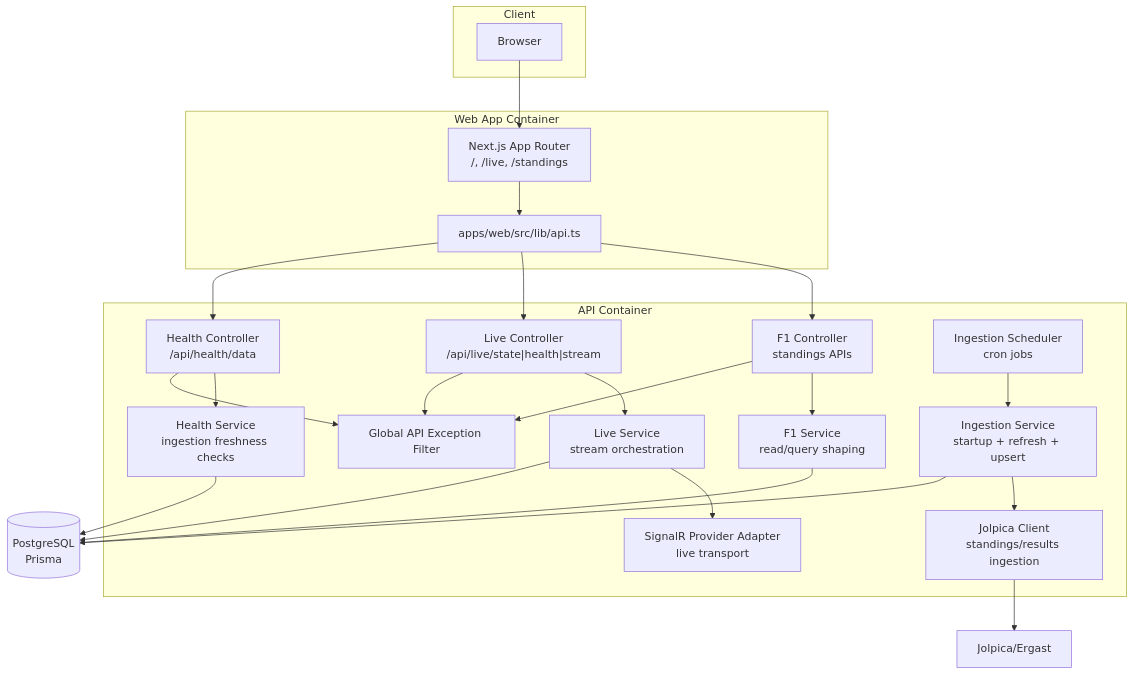
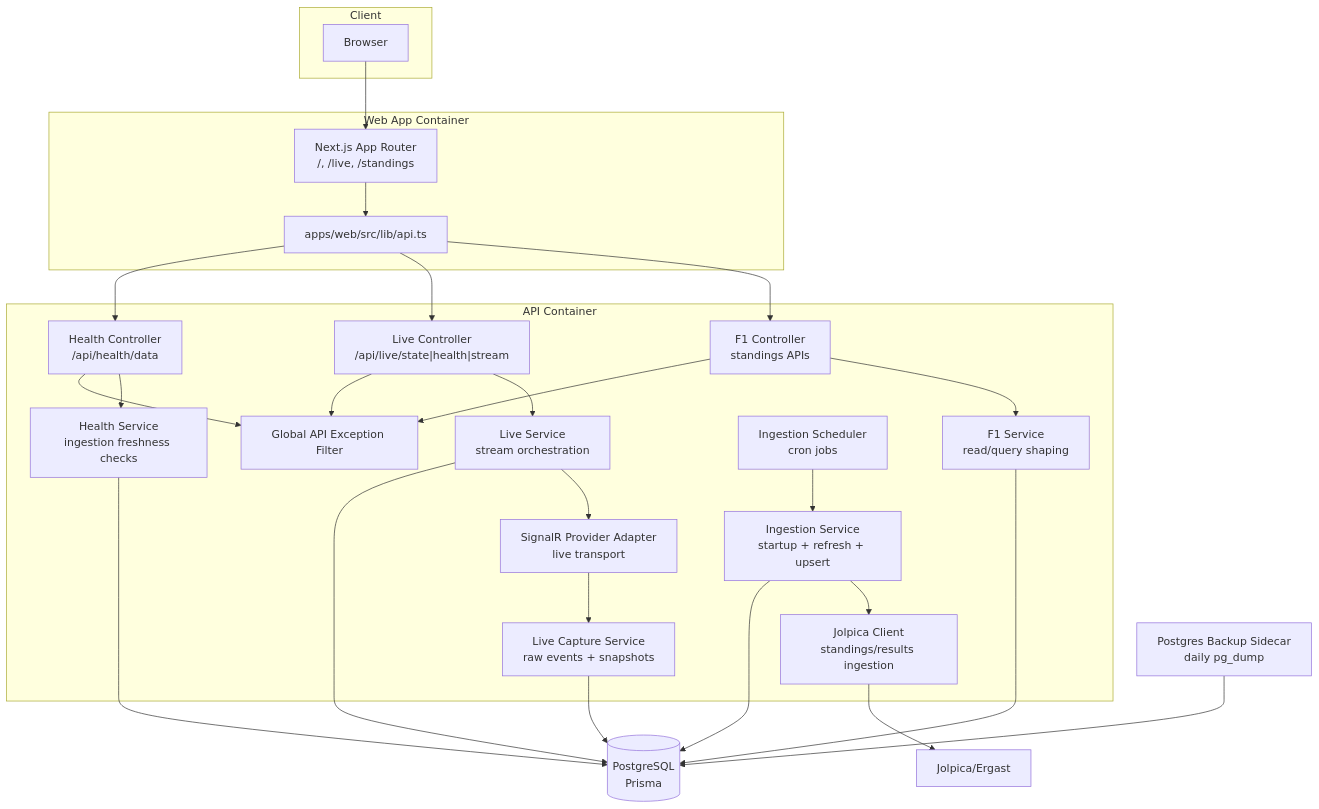
The diagram in docs/architecture/02-container-view.md (wocampodev/f1-vibetiming), drawn with Mermaid before and after one commit. The commit also changed other lines of this file and 44 other files, not shown here.

Commit message:
feat(live): persist provider captures for local analysis

````diff
--- a/docs/architecture/02-container-view.md
+++ b/docs/architecture/02-container-view.md
@@ -5,51 +5,56 @@
 ```mermaid
 flowchart TB
   subgraph Client
     browser["Browser"]
   end
 
   subgraph Web["Web App Container"]
     webRoutes["Next.js App Router<br/>/, /live, /standings"]
     webApiClient["apps/web/src/lib/api.ts"]
   end
 
   subgraph Api["API Container"]
     f1Controller["F1 Controller<br/>standings APIs"]
     liveController["Live Controller<br/>/api/live/state|health|stream"]
     healthController["Health Controller<br/>/api/health/data"]
     f1Service["F1 Service<br/>read/query shaping"]
     liveService["Live Service<br/>stream orchestration"]
     healthService["Health Service<br/>ingestion freshness checks"]
     ingestionScheduler["Ingestion Scheduler<br/>cron jobs"]
     ingestionService["Ingestion Service<br/>startup + refresh + upsert"]
     jolpicaClient["Jolpica Client<br/>standings/results ingestion"]
     signalrProvider["SignalR Provider Adapter<br/>live transport"]
+    liveCapture["Live Capture Service<br/>raw events + snapshots"]
     exceptionFilter["Global API Exception Filter"]
   end
 
   db[("PostgreSQL<br/>Prisma")]
+  backup["Postgres Backup Sidecar<br/>daily pg_dump"]
   provider["Jolpica/Ergast"]
 
   browser --> webRoutes
   webRoutes --> webApiClient
   webApiClient --> f1Controller
   webApiClient --> liveController
   webApiClient --> healthController
 
   f1Controller --> f1Service
   liveController --> liveService
   liveService --> signalrProvider
+  signalrProvider --> liveCapture
+  liveCapture --> db
   healthController --> healthService
   f1Service --> db
   liveService --> db
   healthService --> db
 
   ingestionScheduler --> ingestionService
   ingestionService --> jolpicaClient
   ingestionService --> db
+  backup --> db
   jolpicaClient --> provider
 
   f1Controller --> exceptionFilter
   liveController --> exceptionFilter
   healthController --> exceptionFilter
 ```
````
